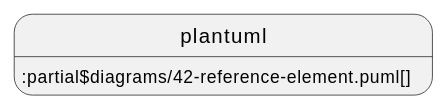
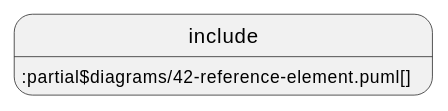
Before and after one commit to acplt/aas-specs: diagram 15 of 18 in documentation/IDTA-01001/modules/ROOT/pages/spec-metamodel/submodel-elements.adoc, drawn with PlantUML. The commit also changed other lines of this file and 14 other files, not shown here.

First line of the commit message:
Revert "Use plantuml instead of include and test ./"

```diff
--- a/documentation/IDTA-01001/modules/ROOT/pages/spec-metamodel/submodel-elements.adoc
+++ b/documentation/IDTA-01001/modules/ROOT/pages/spec-metamodel/submodel-elements.adoc
@@ -711,4 +711,4 @@
 [plantuml, 42-reference-element, svg]
 ....
-plantuml::partial$diagrams/42-reference-element.puml[]
+include::partial$diagrams/42-reference-element.puml[]
 ....
```
